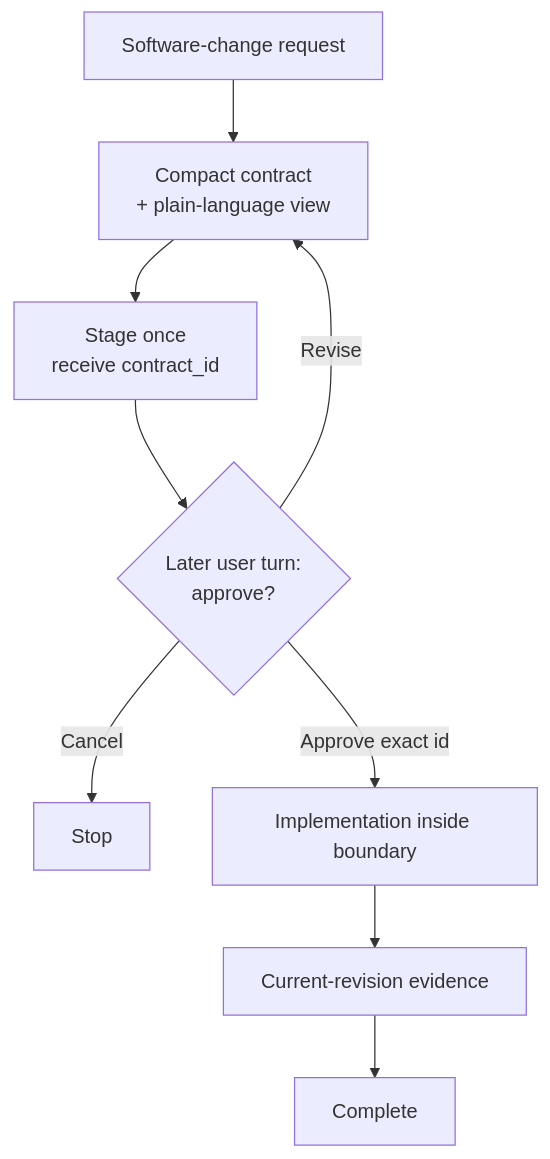
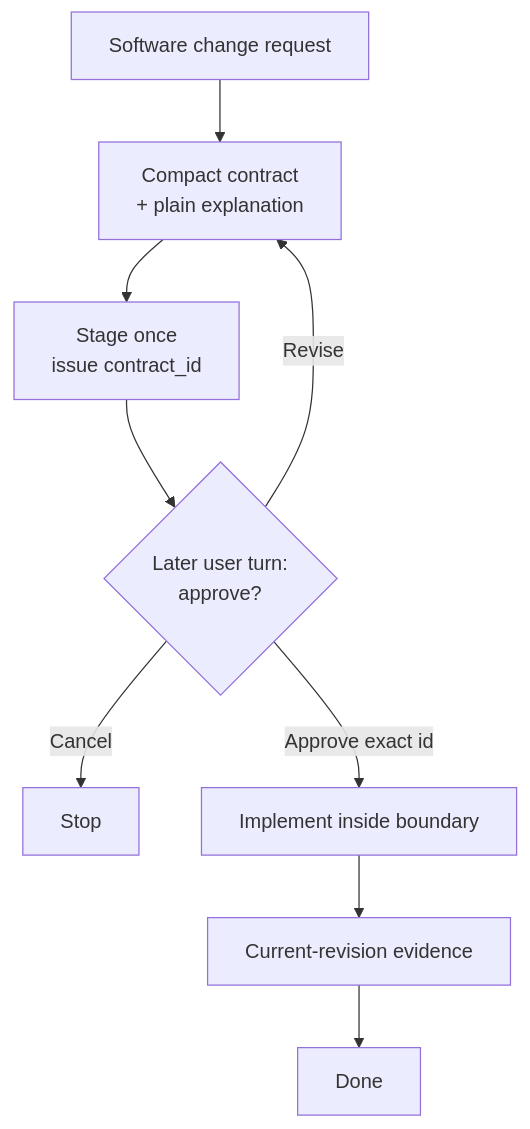
One commit to grapefruit0205/build-brief changed the diagram in README.md. Above: the diagram before and after it, drawn with Mermaid. The commit also changed other lines of this file, not shown here.

````diff
--- a/README.md
+++ b/README.md
@@ -100,11 +100,11 @@
 ```mermaid
 flowchart TB
-    A["Software-change request"] --> B["Compact contract<br/>+ plain-language view"]
-    B --> C["Stage once<br/>receive contract_id"]
+    A["Software change request"] --> B["Compact contract<br/>+ plain explanation"]
+    B --> C["Stage once<br/>issue contract_id"]
     C --> D{"Later user turn:<br/>approve?"}
     D -->|Revise| B
     D -->|Cancel| X["Stop"]
-    D -->|Approve exact id| E["Implementation inside boundary"]
+    D -->|Approve exact id| E["Implement inside boundary"]
     E --> F["Current-revision evidence"]
-    F --> G["Complete"]
+    F --> G["Done"]
 ```
````
